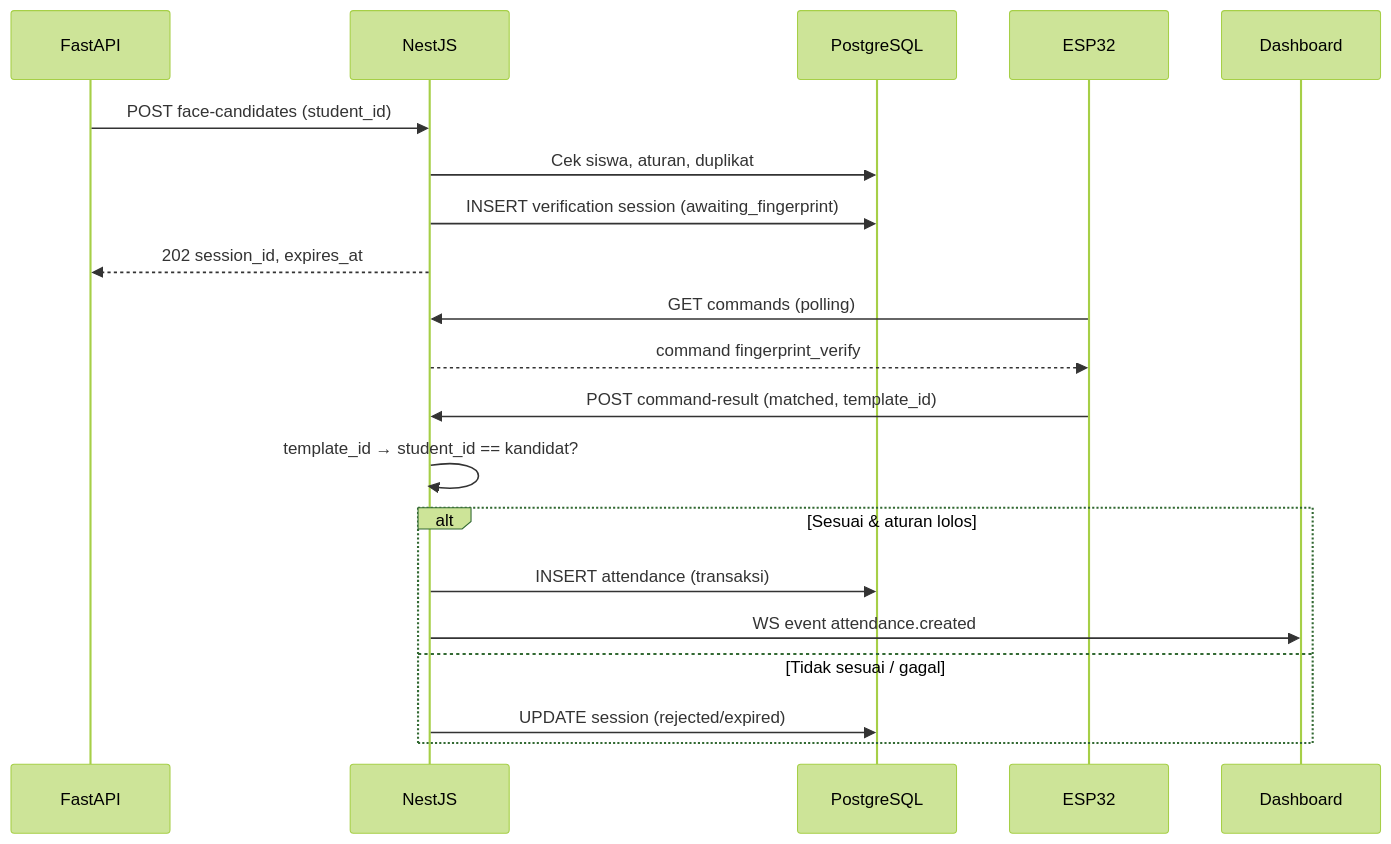
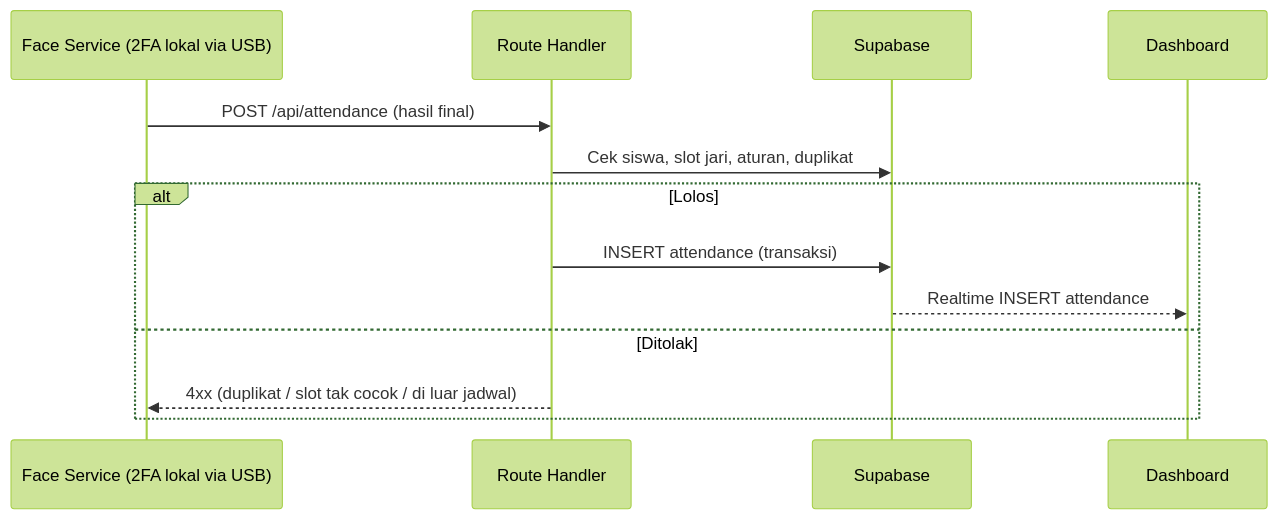
Before and after one commit to DandiKurnia/ProyekSK: the diagram in ObsidianAllProgramSK/docs/backend.md, drawn with Mermaid (forest theme). The commit also changed other lines of this file and 18 other files, not shown here.

Commit message:
docs(arch): adopt Next.js + Supabase + USB serial topology and record daily log

````diff
--- a/ObsidianAllProgramSK/docs/backend.md
+++ b/ObsidianAllProgramSK/docs/backend.md
@@ -109,22 +91,15 @@
 ```mermaid
 sequenceDiagram
-    participant F as FastAPI
-    participant B as NestJS
-    participant D as PostgreSQL
-    participant E as ESP32
+    participant F as Face Service (2FA lokal via USB)
+    participant B as Route Handler
+    participant D as Supabase
     participant W as Dashboard
-    F->>B: POST face-candidates (student_id)
-    B->>D: Cek siswa, aturan, duplikat
-    B->>D: INSERT verification session (awaiting_fingerprint)
-    B-->>F: 202 session_id, expires_at
-    E->>B: GET commands (polling)
-    B-->>E: command fingerprint_verify
-    E->>B: POST command-result (matched, template_id)
-    B->>B: template_id → student_id == kandidat?
-    alt Sesuai & aturan lolos
+    F->>B: POST /api/attendance (hasil final)
+    B->>D: Cek siswa, slot jari, aturan, duplikat
+    alt Lolos
         B->>D: INSERT attendance (transaksi)
-        B->>W: WS event attendance.created
-    else Tidak sesuai / gagal
-        B->>D: UPDATE session (rejected/expired)
+        D-->>W: Realtime INSERT attendance
+    else Ditolak
+        B-->>F: 4xx (duplikat / slot tak cocok / di luar jadwal)
     end
 ```
````
